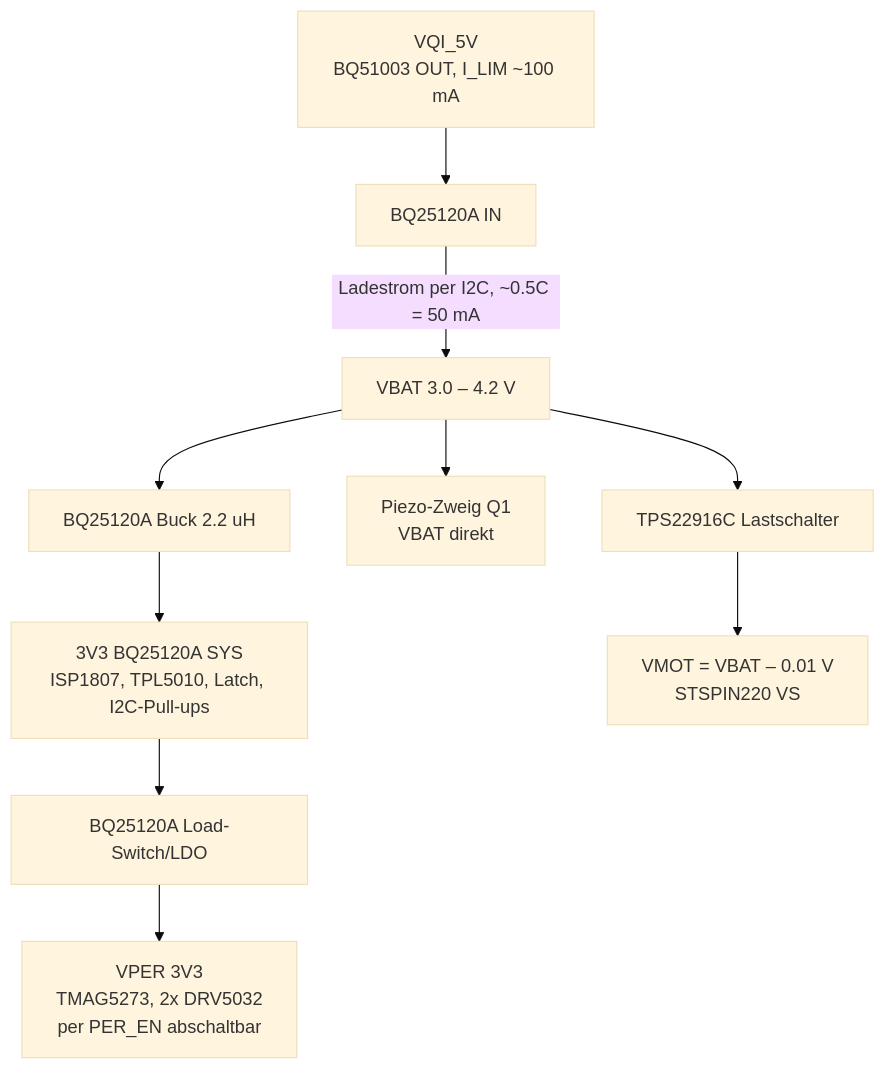
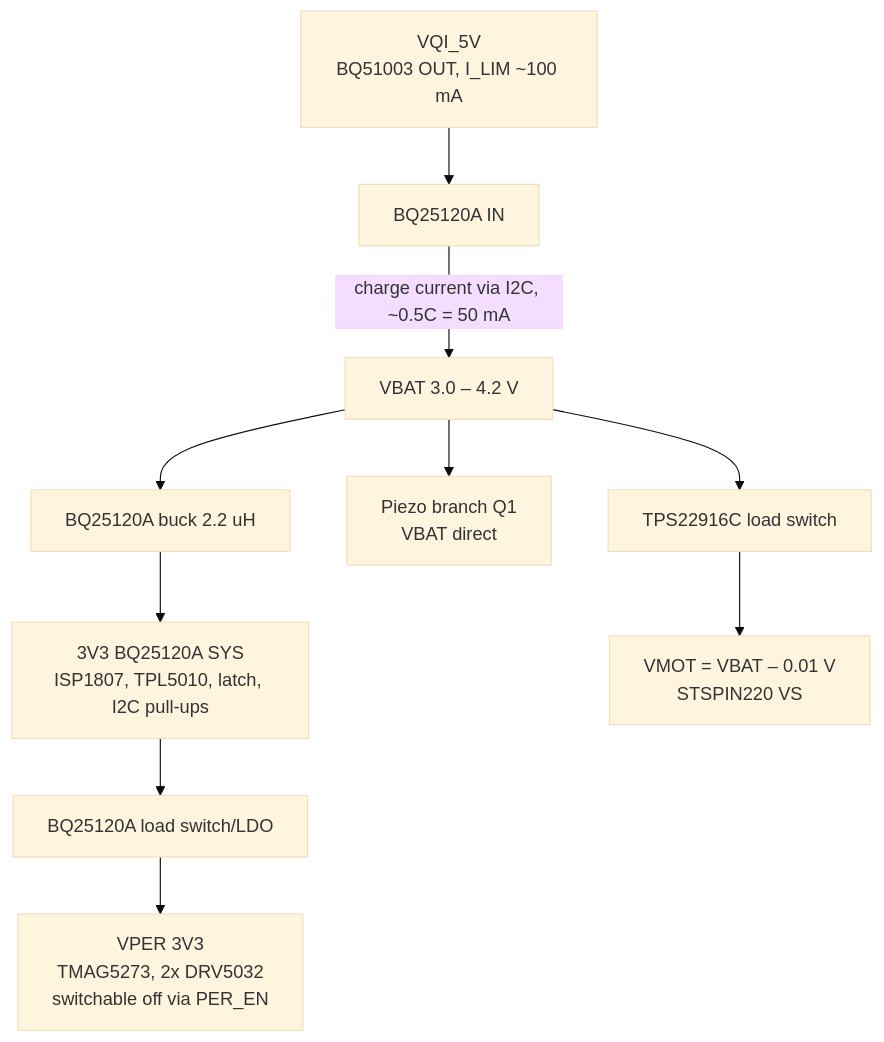
The second of 2 diagrams in electronics/README.md (HenrySchwerdt/OpenPatch), drawn with Mermaid (base theme) before and after one commit. The commit also changed other lines of this file and 52 other files, not shown here.

````diff
--- a/electronics/README.md
+++ b/electronics/README.md
@@ -76,12 +76,12 @@
 ```mermaid
 flowchart TD
   QI5[VQI_5V<br/>BQ51003 OUT, I_LIM ~100 mA] --> CHG[BQ25120A IN]
-  CHG -->|Ladestrom per I2C, ~0.5C = 50 mA| VB[VBAT 3.0 – 4.2 V]
-  VB --> BUCK[BQ25120A Buck 2.2 uH]
-  BUCK --> SYS[3V3 BQ25120A SYS<br/>ISP1807, TPL5010, Latch, I2C-Pull-ups]
-  SYS --> LS[BQ25120A Load-Switch/LDO]
-  LS --> VPER[VPER 3V3<br/>TMAG5273, 2x DRV5032<br/>per PER_EN abschaltbar]
-  VB --> BZ[Piezo-Zweig Q1<br/>VBAT direkt]
-  VB --> U7[TPS22916C Lastschalter]
+  CHG -->|charge current via I2C, ~0.5C = 50 mA| VB[VBAT 3.0 – 4.2 V]
+  VB --> BUCK[BQ25120A buck 2.2 uH]
+  BUCK --> SYS[3V3 BQ25120A SYS<br/>ISP1807, TPL5010, latch, I2C pull-ups]
+  SYS --> LS[BQ25120A load switch/LDO]
+  LS --> VPER[VPER 3V3<br/>TMAG5273, 2x DRV5032<br/>switchable off via PER_EN]
+  VB --> BZ[Piezo branch Q1<br/>VBAT direct]
+  VB --> U7[TPS22916C load switch]
   U7 --> VMOT[VMOT = VBAT – 0.01 V<br/>STSPIN220 VS]
 ```
````
